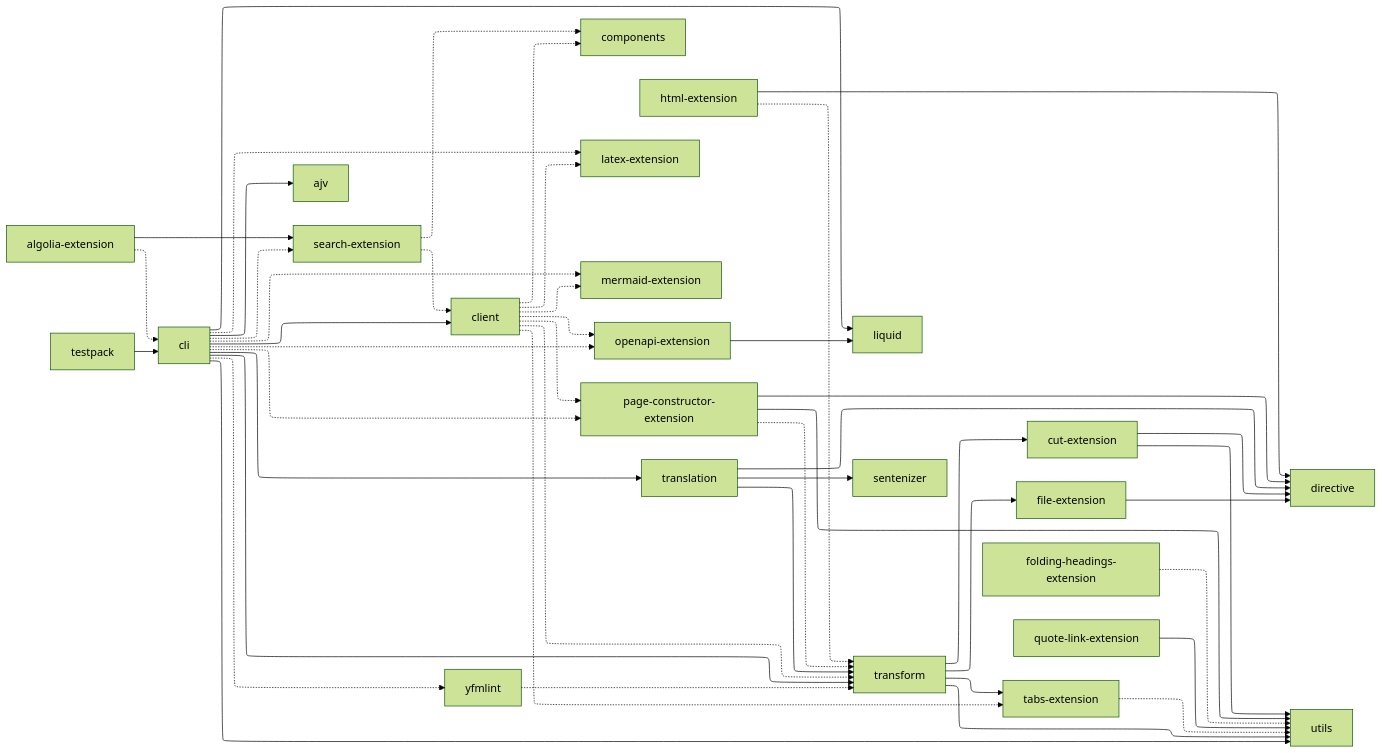
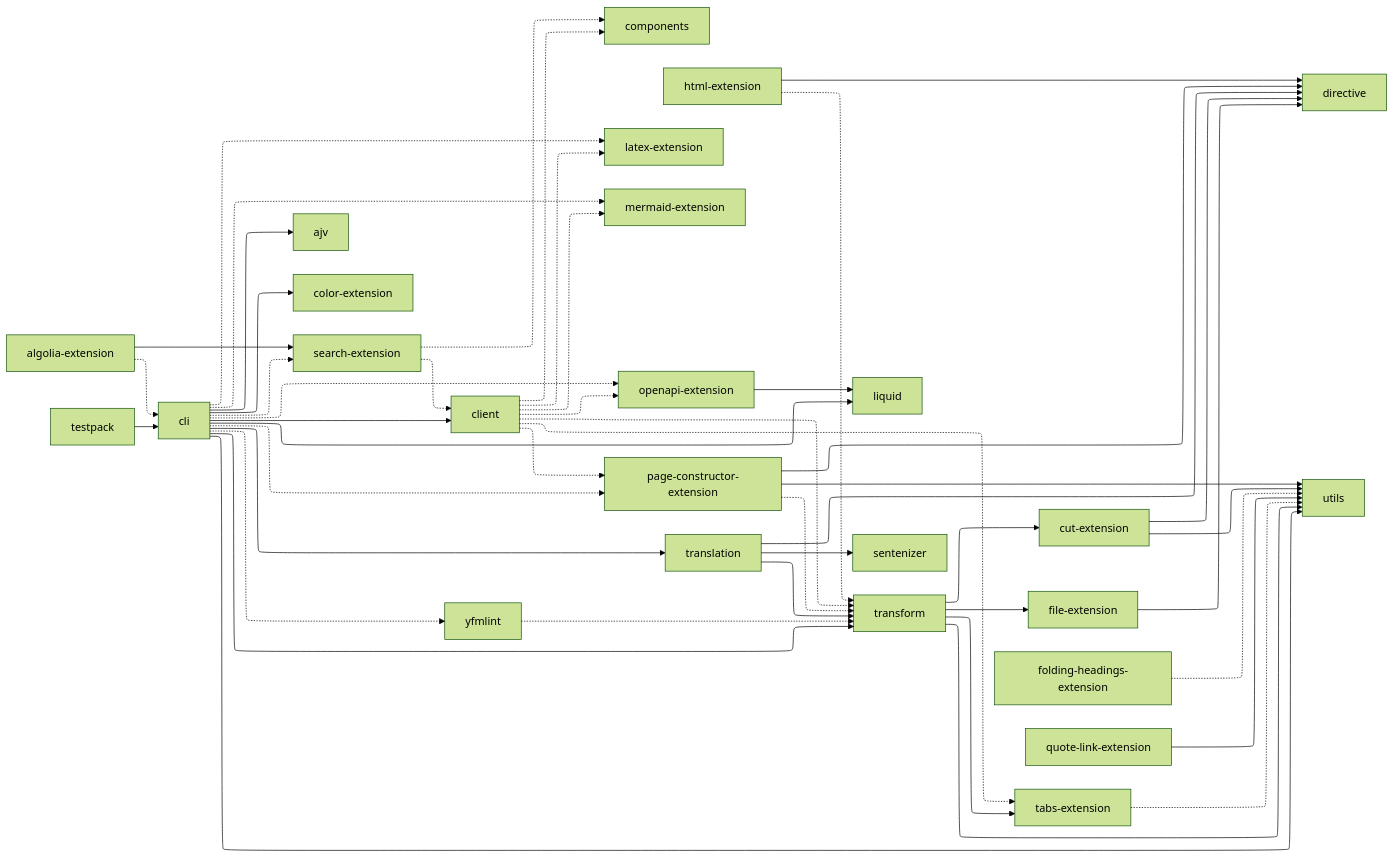
One commit to diplodoc-platform/diplodoc changed the diagram in PULSE.md. Above: the diagram before and after it, drawn with Mermaid (forest theme). The commit also changed other lines of this file and 25 other files, not shown here.

```diff
--- a/PULSE.md
+++ b/PULSE.md
@@ -81,6 +80,7 @@
   algolia-extension["algolia-extension"]
   cli["cli"]
   client["client"]
+  color-extension["color-extension"]
   components["components"]
   cut-extension["cut-extension"]
   directive["directive"]
@@ -101,24 +101,21 @@
   translation["translation"]
   utils["utils"]
   yfmlint["yfmlint"]
-  folding-headings-extension -.-> utils
-  page-constructor-extension -.-> transform
-  page-constructor-extension --> directive
-  page-constructor-extension --> utils
-  quote-link-extension --> utils
-  translation --> directive
-  translation --> sentenizer
-  translation --> transform
   algolia-extension -.-> cli
   algolia-extension --> search-extension
-  openapi-extension --> liquid
-  transform --> cut-extension
-  transform --> file-extension
-  transform --> tabs-extension
-  transform --> utils
-  search-extension -.-> client
-  search-extension -.-> components
-  yfmlint -.-> transform
+  cli --> ajv
+  cli --> client
+  cli --> color-extension
+  cli -.-> latex-extension
+  cli --> liquid
+  cli -.-> mermaid-extension
+  cli -.-> openapi-extension
+  cli -.-> page-constructor-extension
+  cli -.-> search-extension
+  cli --> transform
+  cli --> translation
+  cli --> utils
+  cli -.-> yfmlint
   client -.-> components
   client -.-> latex-extension
   client -.-> mermaid-extension
@@ -126,29 +123,34 @@
   client -.-> page-constructor-extension
   client -.-> tabs-extension
   client -.-> transform
+  cut-extension --> directive
+  cut-extension --> utils
   file-extension --> directive
+  folding-headings-extension -.-> utils
+  html-extension --> directive
   html-extension -.-> transform
-  html-extension --> directive
+  openapi-extension --> liquid
+  page-constructor-extension --> directive
+  page-constructor-extension -.-> transform
+  page-constructor-extension --> utils
+  quote-link-extension --> utils
+  search-extension -.-> client
+  search-extension -.-> components
   tabs-extension -.-> utils
   testpack --> cli
-  cut-extension --> directive
-  cut-extension --> utils
-  cli -.-> latex-extension
-  cli -.-> mermaid-extension
-  cli -.-> openapi-extension
-  cli -.-> page-constructor-extension
-  cli -.-> search-extension
-  cli -.-> yfmlint
-  cli --> ajv
-  cli --> client
-  cli --> liquid
-  cli --> transform
-  cli --> translation
-  cli --> utils
+  transform --> cut-extension
+  transform --> file-extension
+  transform --> tabs-extension
+  transform --> utils
+  translation --> directive
+  translation --> sentenizer
+  translation --> transform
+  yfmlint -.-> transform
   click ajv href "https://github.com/diplodoc-platform/ajv"
   click algolia-extension href "https://github.com/diplodoc-platform/algolia-extension"
   click cli href "https://github.com/diplodoc-platform/cli"
   click client href "https://github.com/diplodoc-platform/client"
+  click color-extension href "https://github.com/diplodoc-platform/color-extension"
   click components href "https://github.com/diplodoc-platform/components"
   click cut-extension href "https://github.com/diplodoc-platform/cut-extension"
   click directive href "https://github.com/diplodoc-platform/directive"
```
